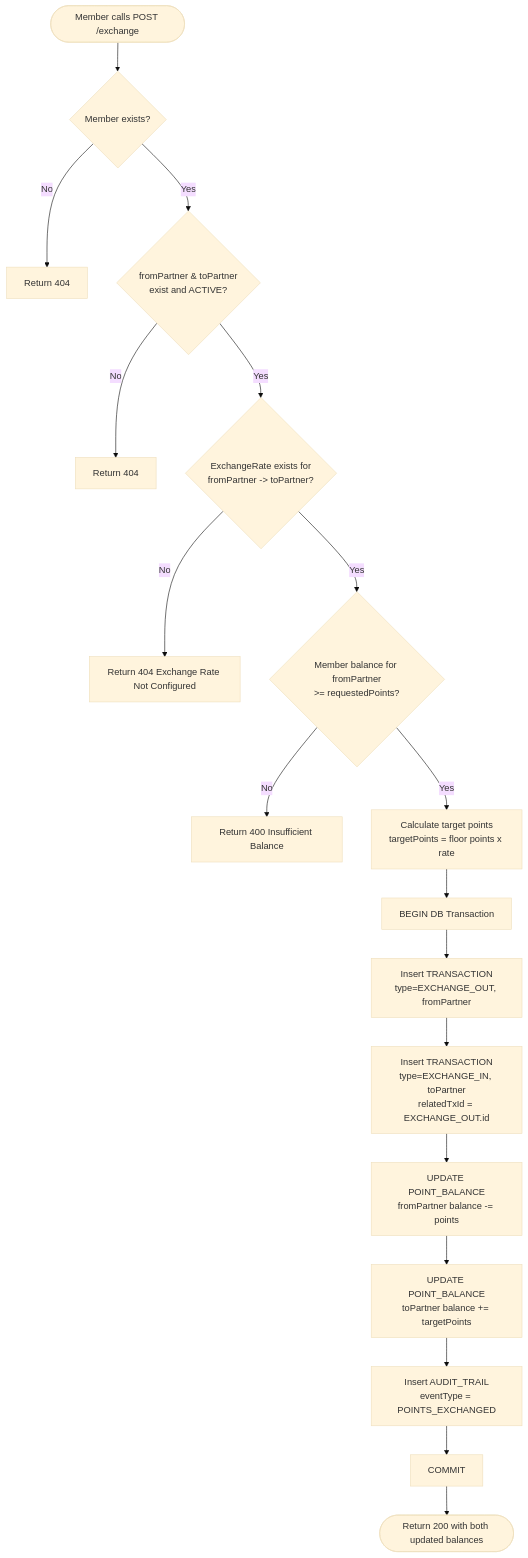
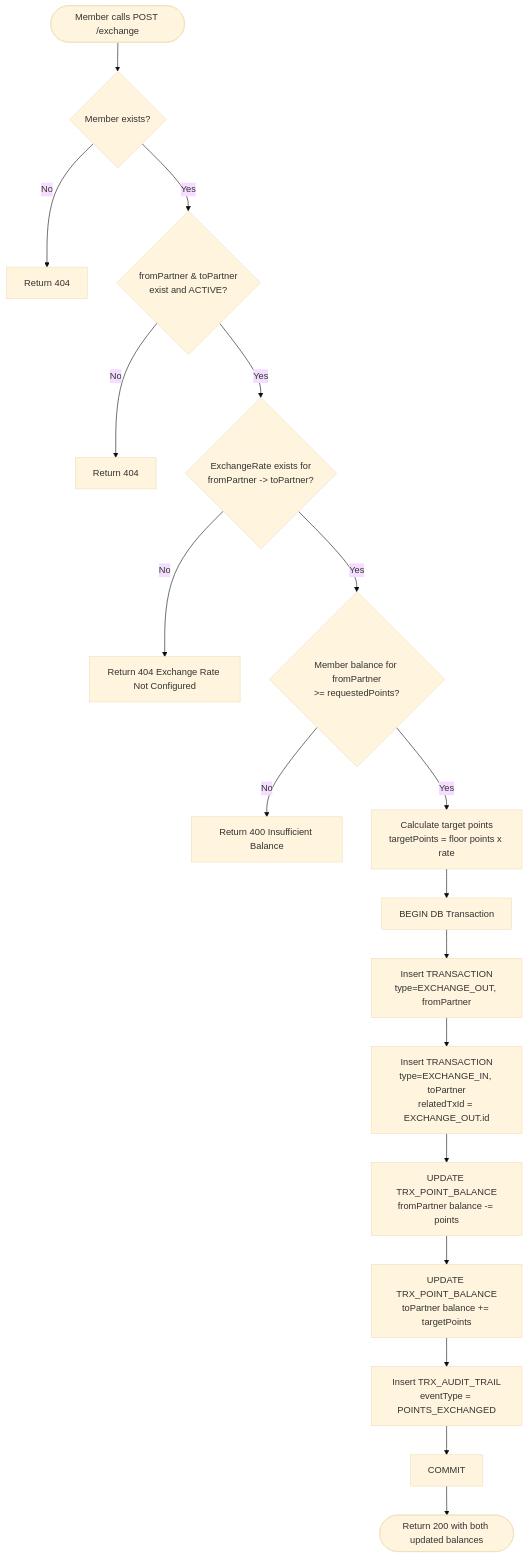
Before and after one commit to jtnqr/JDT-17-LOYALTY: the fourth of 4 diagrams in TSD.md, drawn with Mermaid (base theme). The commit also changed other lines of this file and 4 other files, not shown here.

First line of the commit message:
docs: update loyalty platform specifications and architecture

````diff
--- a/TSD.md
+++ b/TSD.md
@@ -178,20 +158,20 @@
 ```mermaid
 flowchart TD
     A([Member calls POST /exchange]) --> B{Member exists?}
     B -- No --> ERR1[Return 404]
-    B -- Yes --> C{fromPartner & toPartner\nexist and ACTIVE?}
+    B -- Yes --> C{"fromPartner & toPartner<br>exist and ACTIVE?"}
     C -- No --> ERR2[Return 404]
-    C -- Yes --> D{ExchangeRate exists for\nfromPartner -> toPartner?}
+    C -- Yes --> D{"ExchangeRate exists for<br>fromPartner -> toPartner?"}
     D -- No --> ERR3[Return 404 Exchange Rate Not Configured]
-    D -- Yes --> E{Member balance for fromPartner\n>= requestedPoints?}
+    D -- Yes --> E{"Member balance for fromPartner<br>>= requestedPoints?"}
     E -- No --> ERR4[Return 400 Insufficient Balance]
-    E -- Yes --> F[Calculate target points\ntargetPoints = floor points x rate]
+    E -- Yes --> F["Calculate target points<br>targetPoints = floor points x rate"]
     F --> G[BEGIN DB Transaction]
-    G --> H[Insert TRANSACTION\ntype=EXCHANGE_OUT, fromPartner]
-    H --> I[Insert TRANSACTION\ntype=EXCHANGE_IN, toPartner\nrelatedTxId = EXCHANGE_OUT.id]
-    I --> J[UPDATE POINT_BALANCE\nfromPartner balance -= points]
-    J --> K[UPDATE POINT_BALANCE\ntoPartner balance += targetPoints]
-    K --> L[Insert AUDIT_TRAIL\neventType = POINTS_EXCHANGED]
+    G --> H["Insert TRANSACTION<br>type=EXCHANGE_OUT, fromPartner"]
+    H --> I["Insert TRANSACTION<br>type=EXCHANGE_IN, toPartner<br>relatedTxId = EXCHANGE_OUT.id"]
+    I --> J["UPDATE TRX_POINT_BALANCE<br>fromPartner balance -= points"]
+    J --> K["UPDATE TRX_POINT_BALANCE<br>toPartner balance += targetPoints"]
+    K --> L["Insert TRX_AUDIT_TRAIL<br>eventType = POINTS_EXCHANGED"]
     L --> M[COMMIT]
     M --> N([Return 200 with both updated balances])
 ```
````
